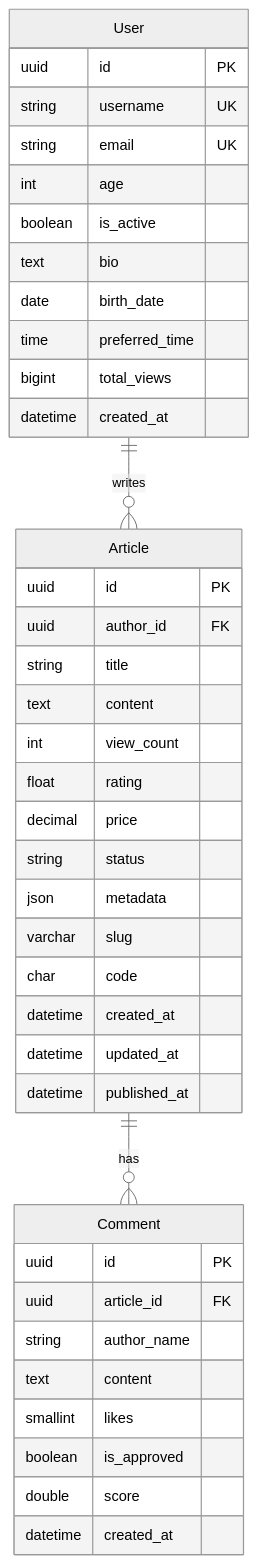
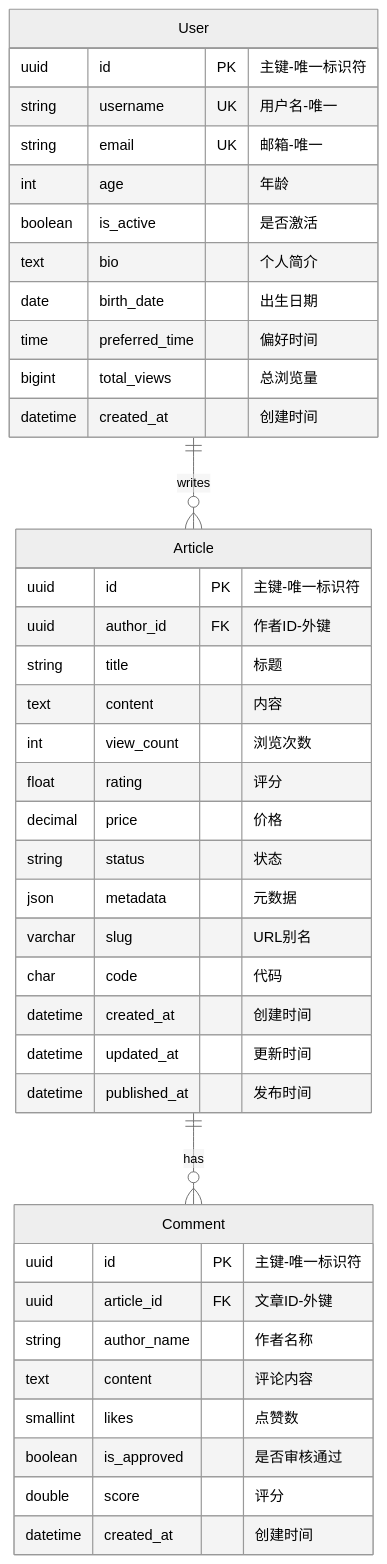
Before and after one commit to x007007007/er-generate-model: the diagram in examples/blog_v7.mmd, drawn with Mermaid (neutral theme). The commit also changed 30 other files, not shown here.

```diff
--- a/examples/blog_v7.mmd
+++ b/examples/blog_v7.mmd
@@ -1,44 +1,44 @@
 erDiagram
     User ||--o{ Article : writes
     Article ||--o{ Comment : has
     
     User {
-        uuid id PK
-        string username UK
-        string email UK
-        int age
-        boolean is_active
-        text bio
-        date birth_date
-        time preferred_time
-        bigint total_views
-        datetime created_at
+        uuid id PK "主键-唯一标识符"
+        string username UK "用户名-唯一"
+        string email UK "邮箱-唯一"
+        int age "年龄"
+        boolean is_active "是否激活"
+        text bio "个人简介"
+        date birth_date "出生日期"
+        time preferred_time "偏好时间"
+        bigint total_views "总浏览量"
+        datetime created_at "创建时间"
     }
     
     Article {
-        uuid id PK
-        uuid author_id FK
-        string title
-        text content
-        int view_count
-        float rating
-        decimal price
-        string status
-        json metadata
-        varchar slug
-        char code
-        datetime created_at
-        datetime updated_at
-        datetime published_at
+        uuid id PK "主键-唯一标识符"
+        uuid author_id FK "作者ID-外键"
+        string title "标题"
+        text content "内容"
+        int view_count "浏览次数"
+        float rating "评分"
+        decimal price "价格"
+        string status "状态"
+        json metadata "元数据"
+        varchar slug "URL别名"
+        char code "代码"
+        datetime created_at "创建时间"
+        datetime updated_at "更新时间"
+        datetime published_at "发布时间"
     }
     
     Comment {
-        uuid id PK
-        uuid article_id FK
-        string author_name
-        text content
-        smallint likes
-        boolean is_approved
-        double score
-        datetime created_at
+        uuid id PK "主键-唯一标识符"
+        uuid article_id FK "文章ID-外键"
+        string author_name "作者名称"
+        text content "评论内容"
+        smallint likes "点赞数"
+        boolean is_approved "是否审核通过"
+        double score "评分"
+        datetime created_at "创建时间"
     }
```
